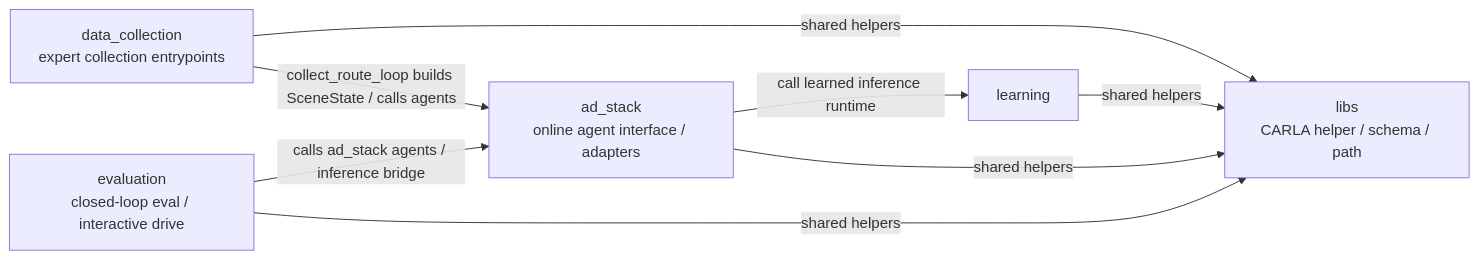
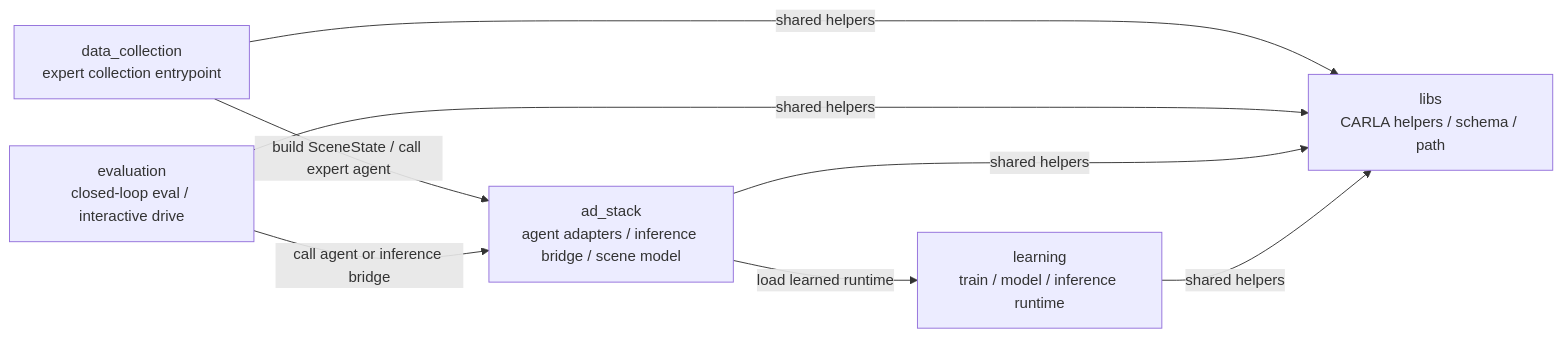
Before and after one commit to masahiro-kubota/carla_alpamayo: the first of 2 diagrams in docs/DIRECTORY_RELATIONSHIPS.md, drawn with Mermaid. The commit also changed other lines of this file and 1 other file, not shown here.

Commit message:
docs: refine dependency diagrams

````diff
--- a/docs/DIRECTORY_RELATIONSHIPS.md
+++ b/docs/DIRECTORY_RELATIONSHIPS.md
@@ -12,12 +17,11 @@
 ```mermaid
 flowchart LR
-  data_collection["data_collection<br/>expert collection entrypoints"] -->|collect_route_loop builds SceneState / calls agents| ad_stack["ad_stack<br/>online agent interface / adapters"]
-  evaluation["evaluation<br/>closed-loop eval / interactive drive"] -->|calls ad_stack agents / inference bridge| ad_stack
+  data_collection["data_collection<br/>expert collection entrypoint"] -->|build SceneState / call expert agent| ad_stack["ad_stack<br/>agent adapters / inference bridge / scene model"]
+  evaluation["evaluation<br/>closed-loop eval / interactive drive"] -->|call agent or inference bridge| ad_stack
+  ad_stack -->|load learned runtime| learning["learning<br/>train / model / inference runtime"]
 
-  ad_stack -->|call learned inference runtime| learning
-
-  data_collection -->|shared helpers| libs["libs<br/>CARLA helper / schema / path"]
+  data_collection -->|shared helpers| libs["libs<br/>CARLA helpers / schema / path"]
+  evaluation -->|shared helpers| libs
+  ad_stack -->|shared helpers| libs
   learning -->|shared helpers| libs
-  ad_stack -->|shared helpers| libs
-  evaluation -->|shared helpers| libs
 ```
````
